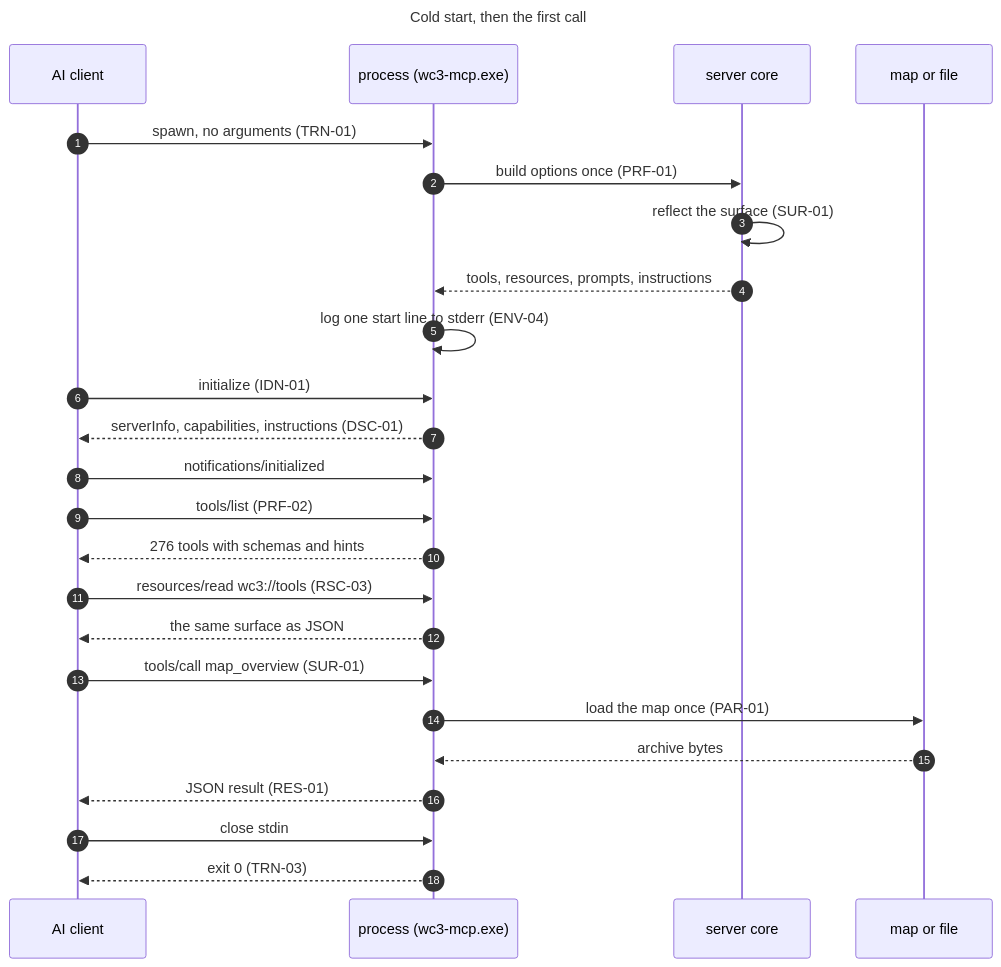
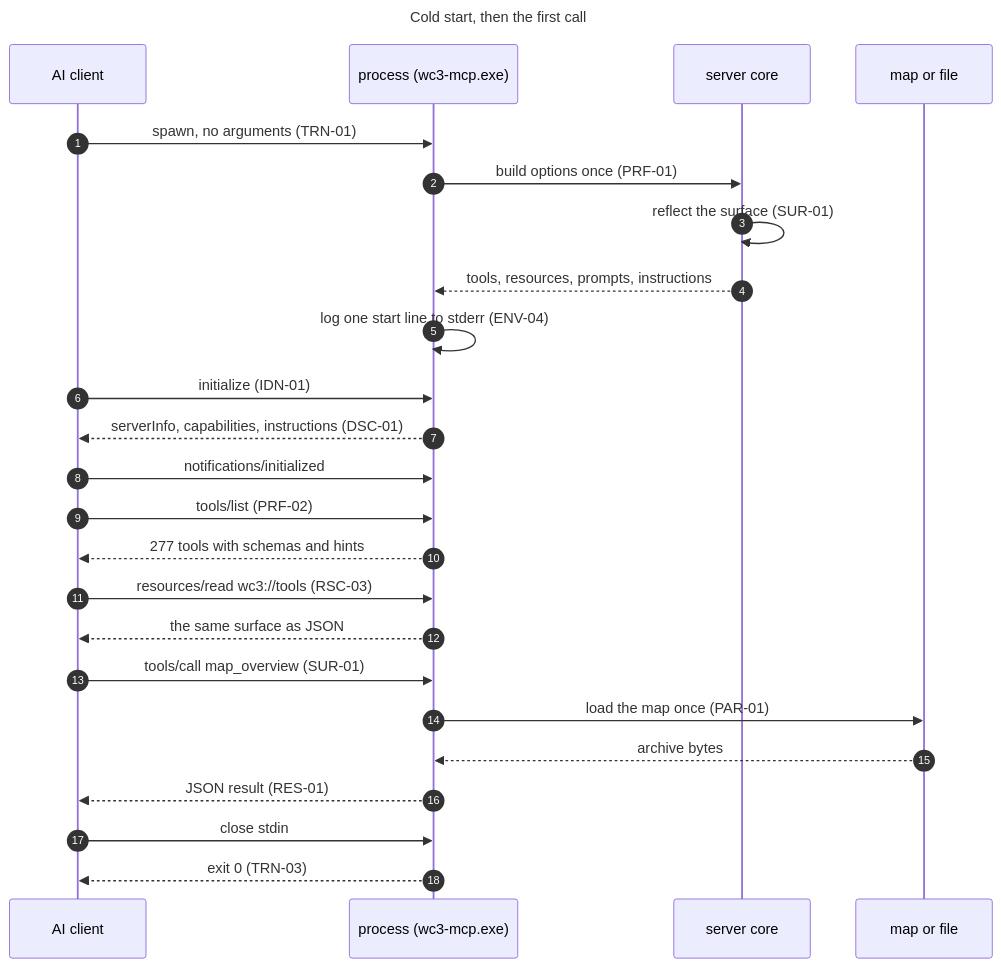
One commit to GodMephisto/wc3-mcp changed the second of 17 diagrams in docs/specification/wc3-mcp-specification-v1.md. Above: the diagram before and after it, drawn with Mermaid. The commit also changed other lines of this file and 13 other files, not shown here.

````diff
--- a/docs/specification/wc3-mcp-specification-v1.md
+++ b/docs/specification/wc3-mcp-specification-v1.md
@@ -819,30 +819,30 @@
 ```mermaid
 ---
 title: Cold start, then the first call
 ---
 sequenceDiagram
     autonumber
     participant C as AI client
     participant P as process (wc3-mcp.exe)
     participant S as server core
     participant F as map or file
 
     C->>P: spawn, no arguments (TRN-01)
     P->>S: build options once (PRF-01)
     S->>S: reflect the surface (SUR-01)
     S-->>P: tools, resources, prompts, instructions
     P->>P: log one start line to stderr (ENV-04)
     C->>P: initialize (IDN-01)
     P-->>C: serverInfo, capabilities, instructions (DSC-01)
     C->>P: notifications/initialized
     C->>P: tools/list (PRF-02)
-    P-->>C: 276 tools with schemas and hints
+    P-->>C: 277 tools with schemas and hints
     C->>P: resources/read wc3://tools (RSC-03)
     P-->>C: the same surface as JSON
     C->>P: tools/call map_overview (SUR-01)
     P->>F: load the map once (PAR-01)
     F-->>P: archive bytes
     P-->>C: JSON result (RES-01)
     C->>P: close stdin
     P-->>C: exit 0 (TRN-03)
 ```
````
